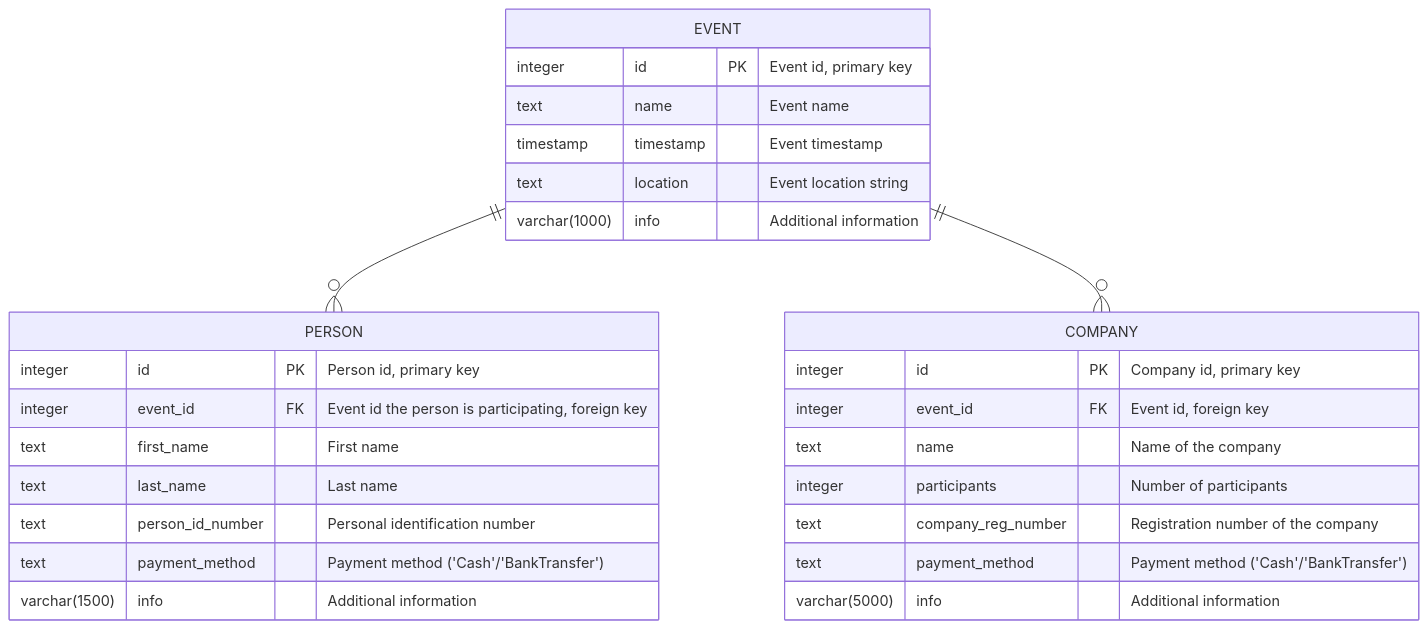
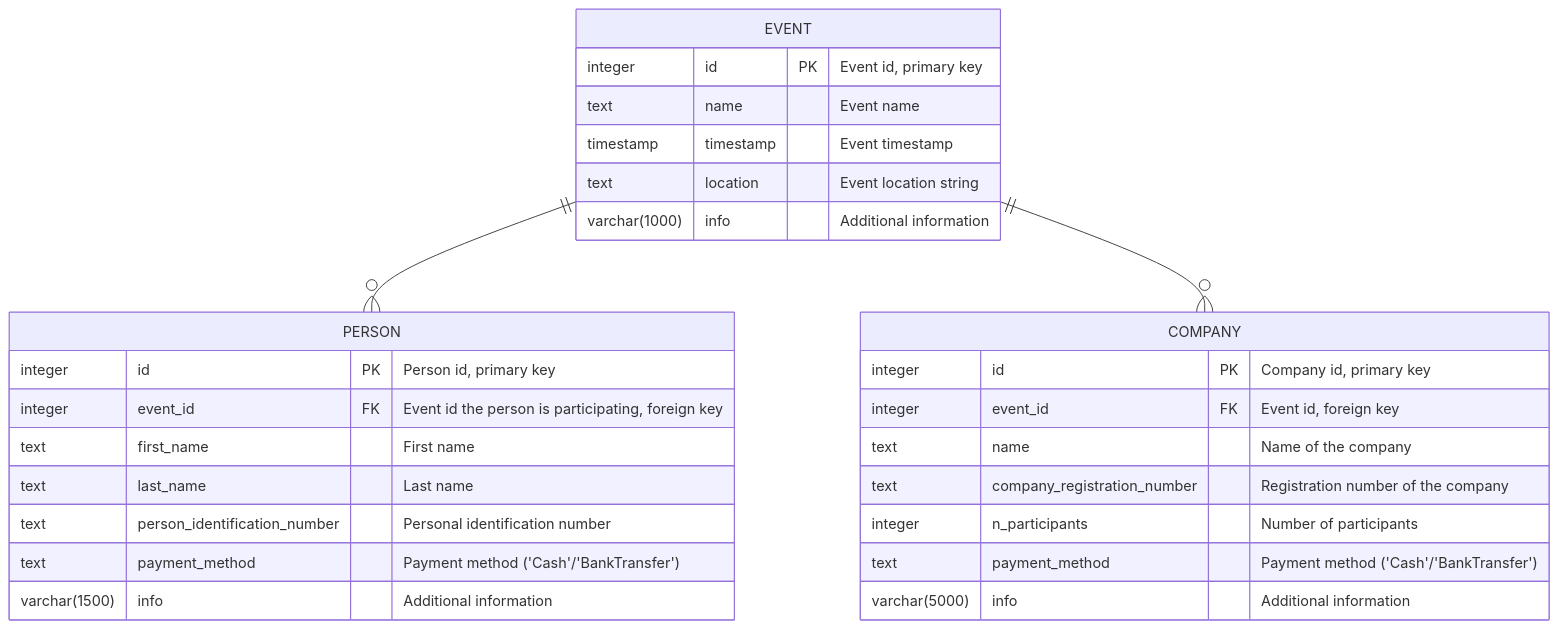
One commit to kongaskristjan/EventBooking changed the diagram in README.md. Above: the diagram before and after it, drawn with Mermaid. The commit also changed 6 other files, not shown here.

````diff
--- a/README.md
+++ b/README.md
@@ -5,31 +5,31 @@
 ```mermaid
 erDiagram
 
     EVENT {
         integer id PK "Event id, primary key"
         text name "Event name"
         timestamp timestamp "Event timestamp"
         text location "Event location string"
         varchar(1000) info "Additional information"
     }
     PERSON {
         integer id PK "Person id, primary key"
         integer event_id FK "Event id the person is participating, foreign key"
         text first_name "First name"
         text last_name "Last name"
-        text person_id_number "Personal identification number"
+        text person_identification_number "Personal identification number"
         text payment_method "Payment method ('Cash'/'BankTransfer')"
         varchar(1500) info "Additional information"
     }
     COMPANY {
         integer id PK "Company id, primary key"
         integer event_id FK "Event id, foreign key"
         text name "Name of the company"
-        integer participants "Number of participants"
-        text company_reg_number "Registration number of the company"
+        text company_registration_number "Registration number of the company"
+        integer n_participants "Number of participants"
         text payment_method "Payment method ('Cash'/'BankTransfer')"
         varchar(5000) info "Additional information"
     }
     EVENT ||--o{ PERSON : ""
     EVENT ||--o{ COMPANY : ""
 ```
````
